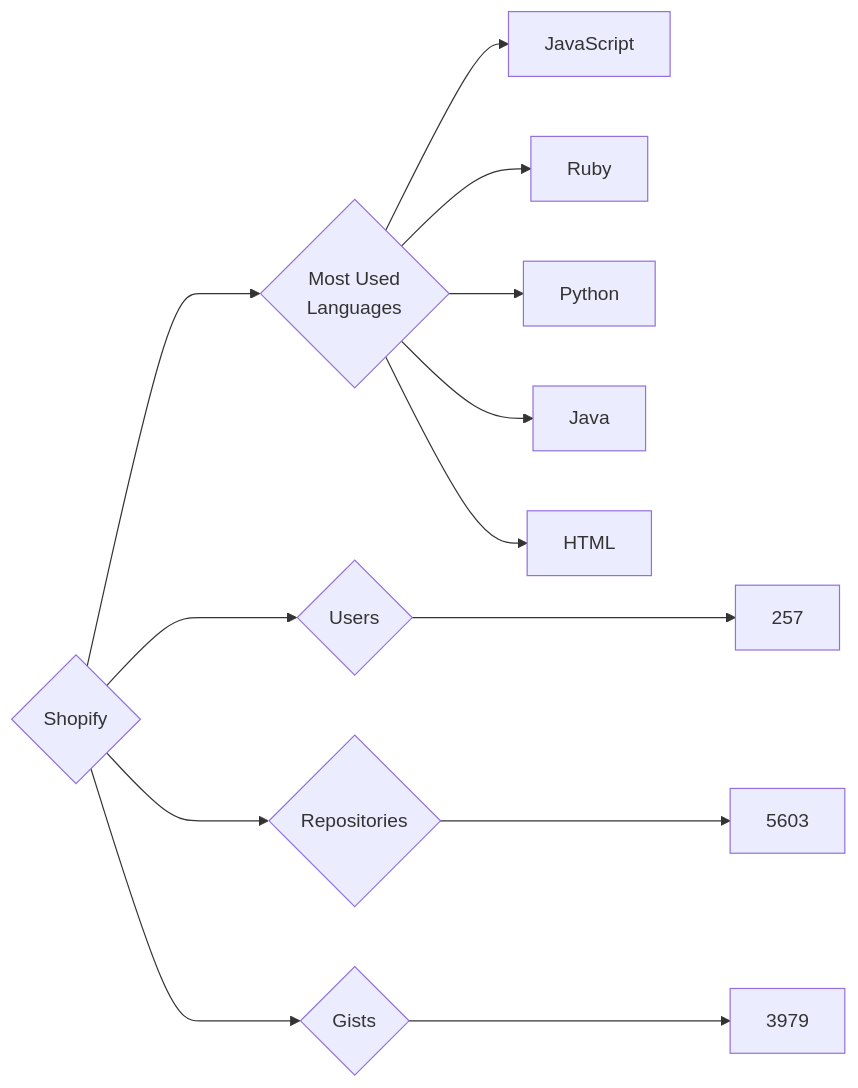
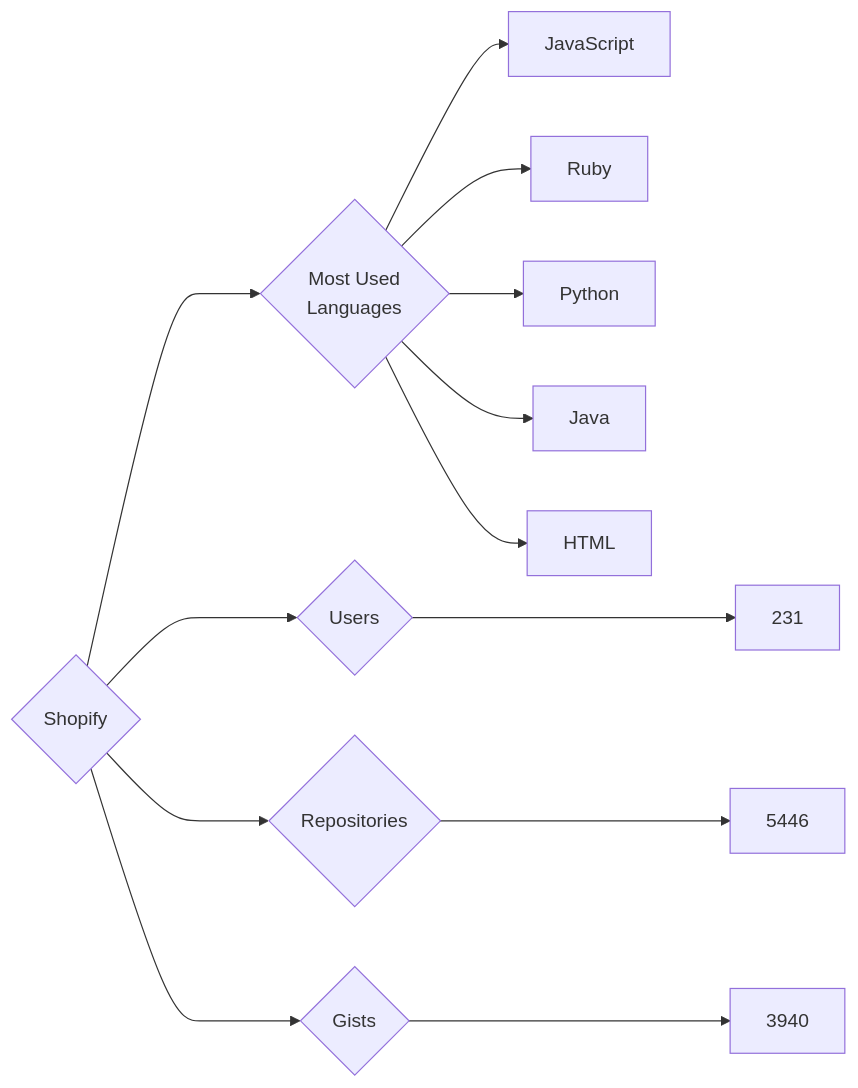
Before and after one commit to trickest/insiders: the diagram in targets/Shopify/README.md, drawn with Mermaid. The commit also changed 773 other files, not shown here.

````diff
--- a/targets/Shopify/README.md
+++ b/targets/Shopify/README.md
@@ -3,13 +3,13 @@
 ```mermaid
 graph LR
 COMPANY_NAME{Shopify}
-COMPANY_NAME ---> U{Users} ---> UN[257]
-COMPANY_NAME ---> R{Repositories} ---> RN[5603]
-COMPANY_NAME ---> G{Gists} ---> GN[3979]
+COMPANY_NAME ---> U{Users} ---> UN[231]
+COMPANY_NAME ---> R{Repositories} ---> RN[5446]
+COMPANY_NAME ---> G{Gists} ---> GN[3940]
 COMPANY_NAME ---> ML{Most Used<br>Languages}
 ML --> JavaScript[JavaScript]
 ML --> Ruby[Ruby]
 ML --> Python[Python]
 ML --> Java[Java]
 ML --> HTML[HTML]
 ```
````
